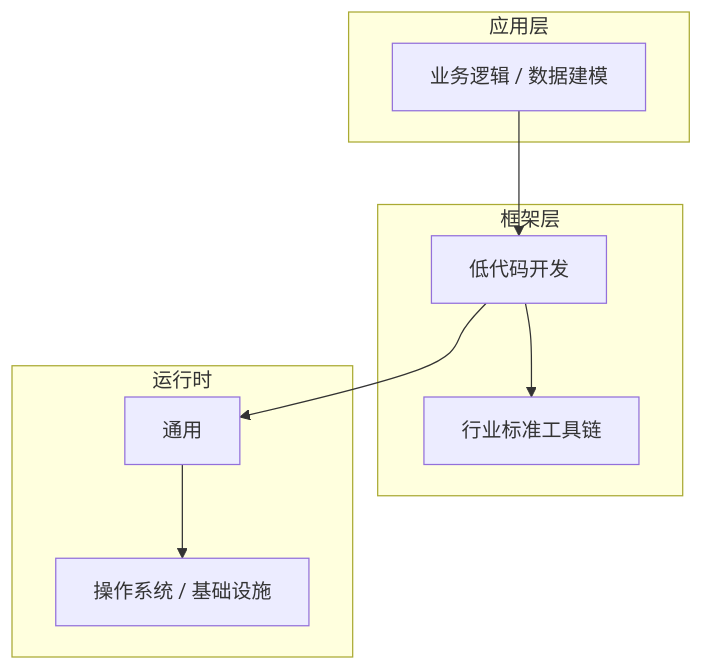
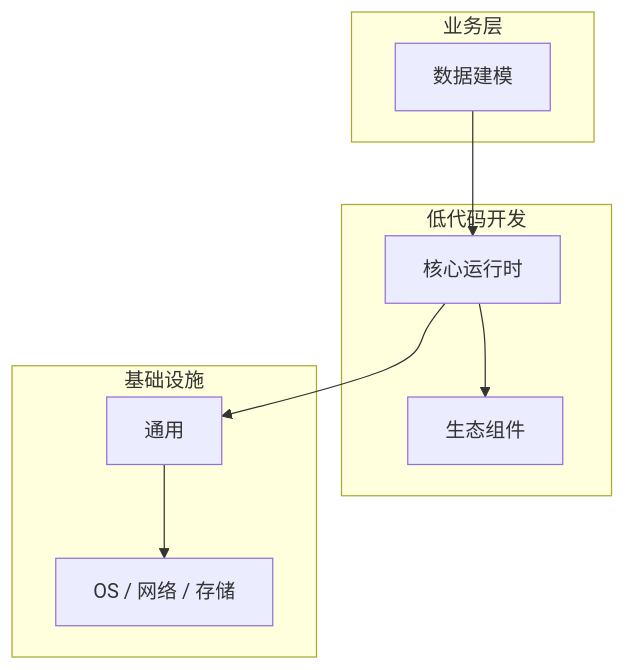
Before and after one commit to yanggan2015/knowledge-json-v2: the diagram in articles/低代码开发/chapters/021-数据建模核心概念与原理.md, drawn with Mermaid. The commit also changed other lines of this file and 10127 other files, not shown here.

````diff
--- a/articles/低代码开发/chapters/021-数据建模核心概念与原理.md
+++ b/articles/低代码开发/chapters/021-数据建模核心概念与原理.md
@@ -45,18 +30,18 @@
 ```mermaid
 graph TB
-    subgraph 应用层
-        A[业务逻辑 / 数据建模]
+    subgraph 业务层
+        A[数据建模]
     end
-    subgraph 框架层
-        B[低代码开发]
-        C[行业标准工具链]
+    subgraph 低代码开发
+        B[核心运行时]
+        C[生态组件]
     end
-    subgraph 运行时
+    subgraph 基础设施
         D[通用]
-        E[操作系统 / 基础设施]
+        E[OS / 网络 / 存储]
     end
     A --> B
     B --> C
     B --> D
     D --> E
 ```
````
